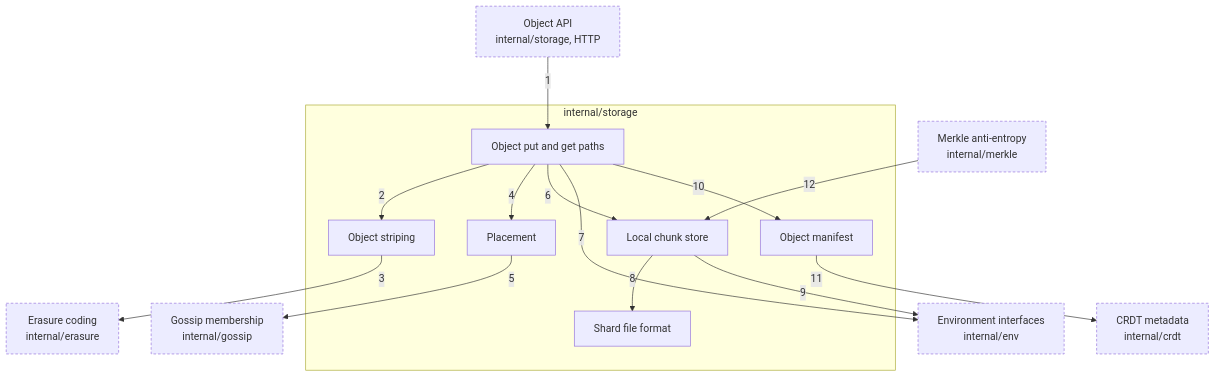
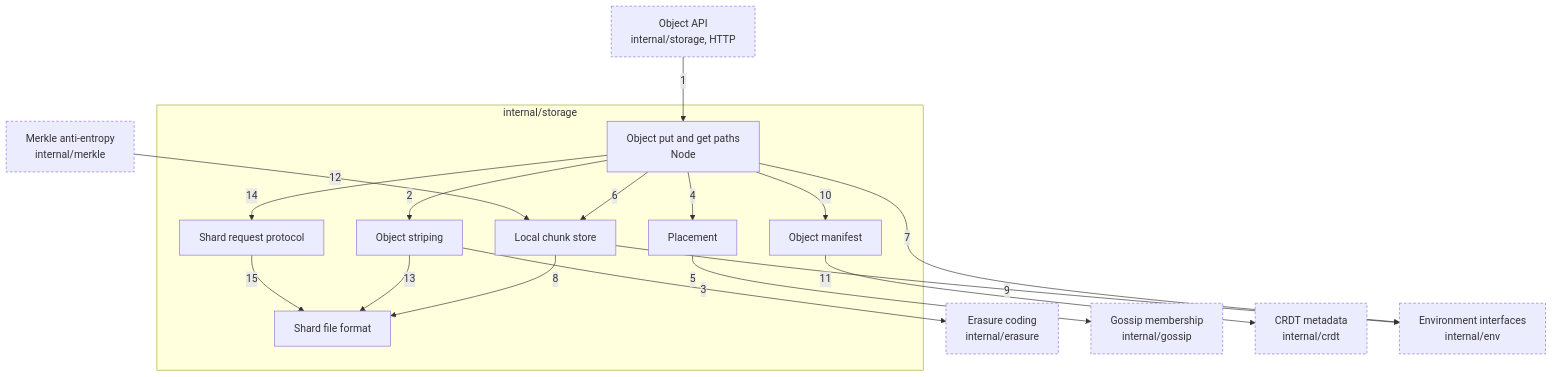
The diagram in docs/c4/09-component-storage.md (nickstrad/decentralized-object-store), drawn with Mermaid before and after one commit. The commit also changed other lines of this file and 14 other files, not shown here.

````diff
--- a/docs/c4/09-component-storage.md
+++ b/docs/c4/09-component-storage.md
@@ -8,31 +8,35 @@
 ```mermaid
 flowchart TB
   API["Object API<br/>internal/storage, HTTP"]
   MERKLE["Merkle anti-entropy<br/>internal/merkle"]
   subgraph STORAGE["internal/storage"]
-    PATHS["Object put and get paths"]
+    PATHS["Object put and get paths<br/>Node"]
+    PROTO["Shard request protocol"]
     STRIPE["Object striping"]
     PLACE["Placement"]
     MANIFEST["Object manifest"]
     CHUNK["Local chunk store"]
     FORMAT["Shard file format"]
   end
   ERASURE["Erasure coding<br/>internal/erasure"]
   GOSSIP["Gossip membership<br/>internal/gossip"]
   CRDT["CRDT metadata<br/>internal/crdt"]
   ENV["Environment interfaces<br/>internal/env"]
   API -->|1| PATHS
   PATHS -->|2| STRIPE
   STRIPE -->|3| ERASURE
   PATHS -->|4| PLACE
   PLACE -->|5| GOSSIP
   PATHS -->|6| CHUNK
   PATHS -->|7| ENV
   CHUNK -->|8| FORMAT
   CHUNK -->|9| ENV
   PATHS -->|10| MANIFEST
   MANIFEST -->|11| CRDT
   MERKLE -->|12| CHUNK
+  STRIPE -->|13| FORMAT
+  PATHS -->|14| PROTO
+  PROTO -->|15| FORMAT
   classDef ext stroke-dasharray:4 3
   class API,MERKLE,ERASURE,GOSSIP,CRDT,ENV ext
 ```
````
